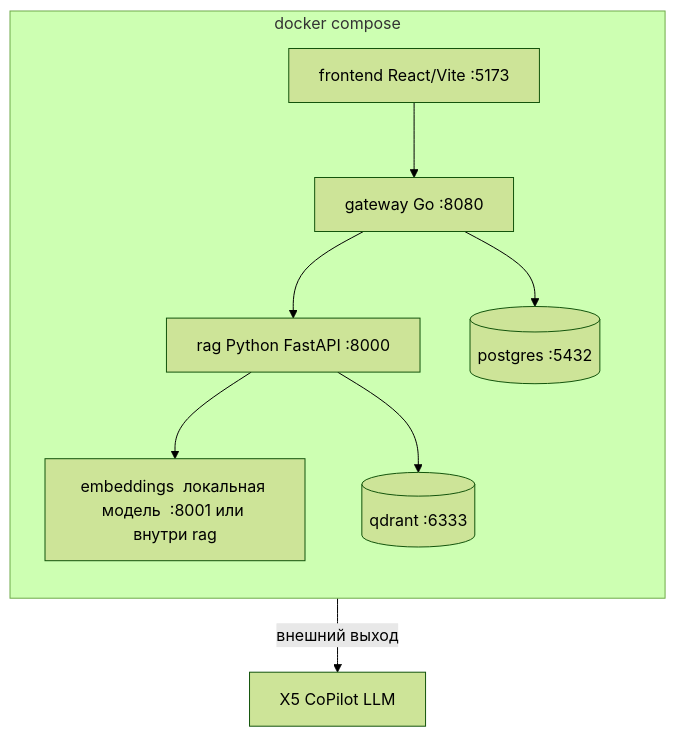
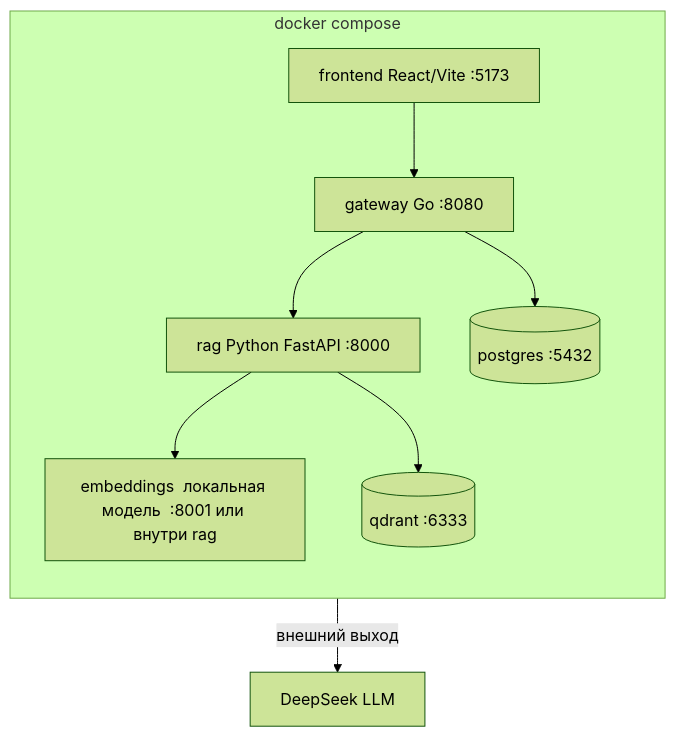
The fifth of 5 diagrams in docs/02_system_architecture.md (kemberl1/psynote), drawn with Mermaid (forest theme) before and after one commit. The commit also changed other lines of this file and 27 other files, not shown here.

First line of the commit message:
feat: переключить LLM на DeepSeek вместо X5/Gemini

````diff
--- a/docs/02_system_architecture.md
+++ b/docs/02_system_architecture.md
@@ -201,18 +201,18 @@
 ```mermaid
 flowchart TB
     subgraph compose[docker compose]
       direction TB
       fe[frontend  React/Vite  :5173]
       gw[gateway  Go  :8080]
       rag[rag  Python FastAPI  :8000]
       emb[embeddings  локальная модель  :8001 или внутри rag]
       pg[(postgres  :5432)]
       qd[(qdrant  :6333)]
     end
     fe --> gw
     gw --> rag
     rag --> emb
     rag --> qd
     gw --> pg
-    gw -->|внешний выход| ext[X5 CoPilot LLM]
+    gw -->|внешний выход| ext[DeepSeek LLM]
 ```
````
